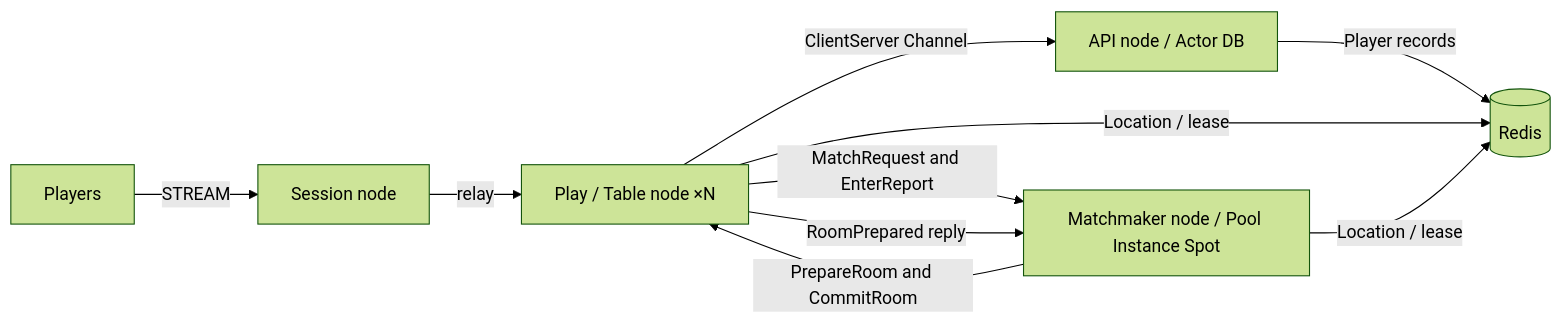
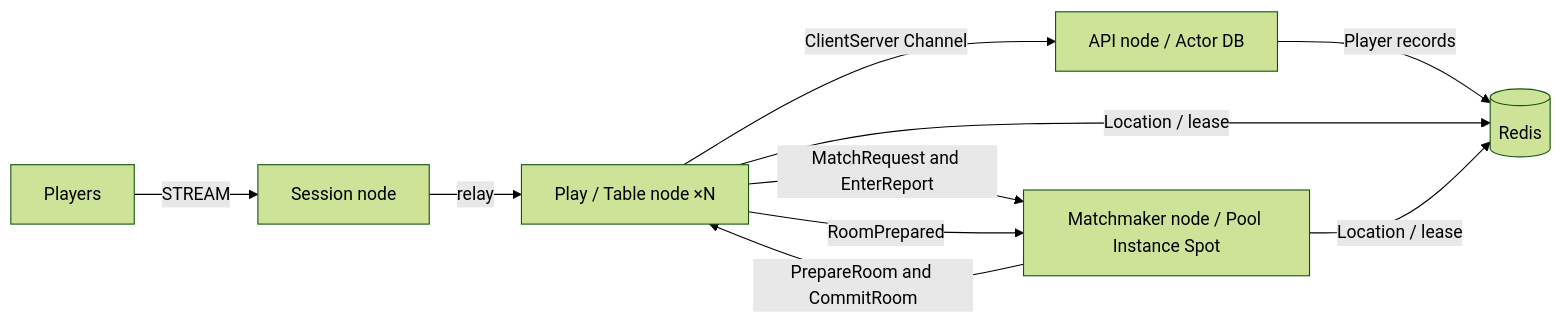
Before and after one commit to zlink-systems/zlink: the diagram in framework/languages/node/templates/board-tables/my-game/README.md, drawn with Mermaid (forest theme). The commit also changed other lines of this file and 10 other files, not shown here.

First line of the commit message:
refactor(templates): board-tables Pool은 PrepareRoom을 보내고 turn을 끝내며, RoomProvisioner가 Table을 만들고 결과는 RoomPrepared 메시지로 돌아오게 통일

````diff
--- a/framework/languages/node/templates/board-tables/my-game/README.md
+++ b/framework/languages/node/templates/board-tables/my-game/README.md
@@ -7,12 +7,12 @@
 ```mermaid
 flowchart LR
     players[Players] -->|STREAM| session[Session node]
     session -->|relay| table[Play / Table node ×N]
     table -->|MatchRequest and EnterReport| matchmaker[Matchmaker node / Pool Instance Spot]
     matchmaker -->|PrepareRoom and CommitRoom| table
-    table -->|RoomPrepared reply| matchmaker
+    table -->|RoomPrepared| matchmaker
     table -->|ClientServer Channel| api[API node / Actor DB]
     api -->|Player records| location[(Redis)]
     table -->|Location / lease| location
     matchmaker -->|Location / lease| location
 ```
````
